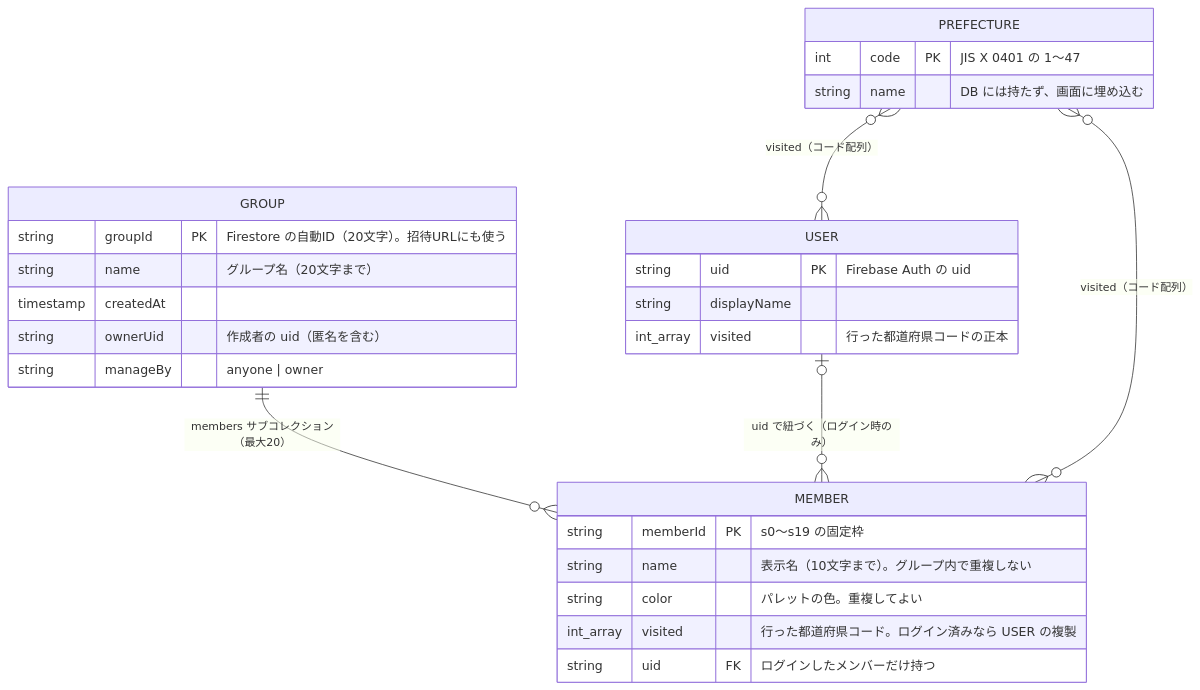
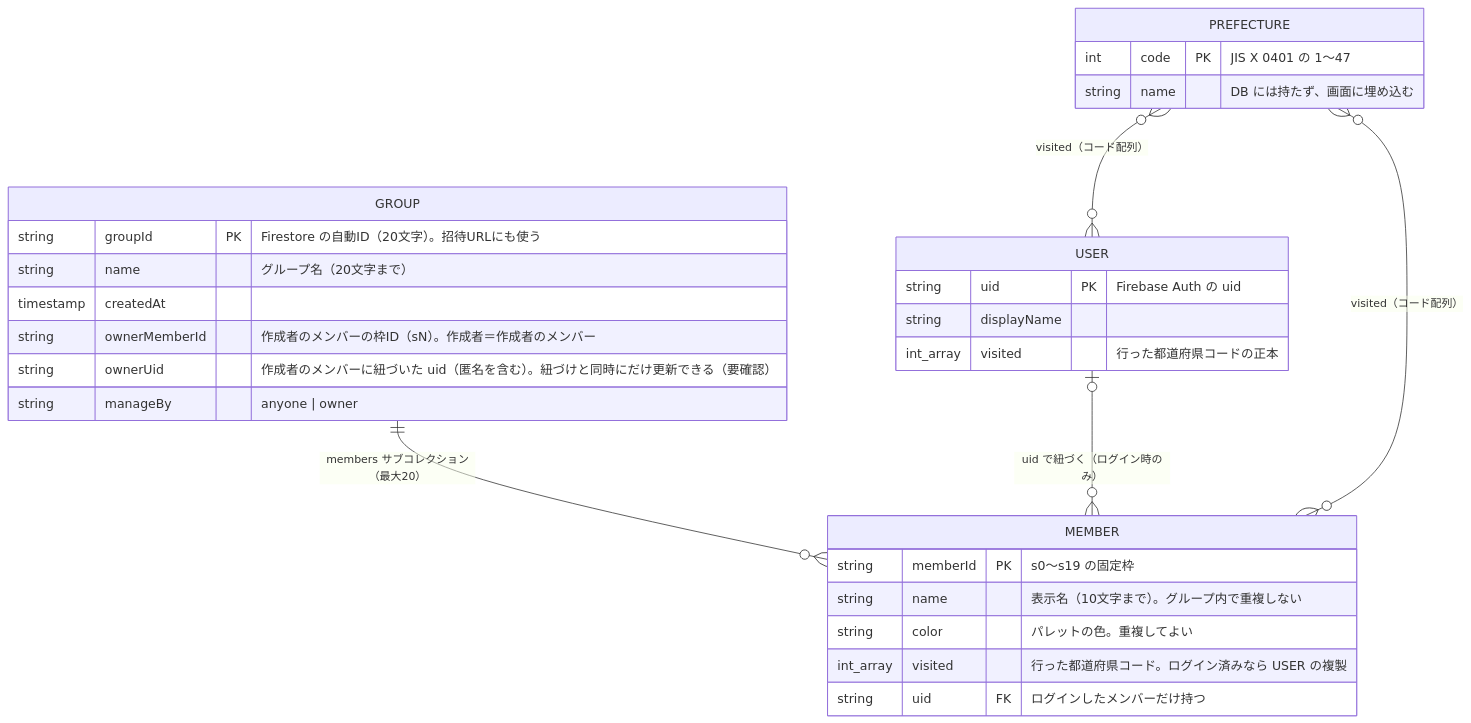
The diagram in docs/design/data-model.md (yuppy52/tabikaigi-map), drawn with Mermaid before and after one commit. The commit also changed 4 other files, not shown here.

````diff
--- a/docs/design/data-model.md
+++ b/docs/design/data-model.md
@@ -9,31 +9,32 @@
 ```mermaid
 erDiagram
   GROUP ||--o{ MEMBER : "members サブコレクション（最大20）"
   USER |o--o{ MEMBER : "uid で紐づく（ログイン時のみ）"
   PREFECTURE }o--o{ MEMBER : "visited（コード配列）"
   PREFECTURE }o--o{ USER : "visited（コード配列）"
 
   GROUP {
     string groupId PK "Firestore の自動ID（20文字）。招待URLにも使う"
     string name "グループ名（20文字まで）"
     timestamp createdAt
-    string ownerUid "作成者の uid（匿名を含む）"
+    string ownerMemberId "作成者のメンバーの枠ID（sN）。作成者＝作成者のメンバー"
+    string ownerUid "作成者のメンバーに紐づいた uid（匿名を含む）。紐づけと同時にだけ更新できる（要確認）"
     string manageBy "anyone | owner"
   }
   MEMBER {
     string memberId PK "s0〜s19 の固定枠"
     string name "表示名（10文字まで）。グループ内で重複しない"
     string color "パレットの色。重複してよい"
     int_array visited "行った都道府県コード。ログイン済みなら USER の複製"
     string uid FK "ログインしたメンバーだけ持つ"
   }
   USER {
     string uid PK "Firebase Auth の uid"
     string displayName
     int_array visited "行った都道府県コードの正本"
   }
   PREFECTURE {
     int code PK "JIS X 0401 の 1〜47"
     string name "DB には持たず、画面に埋め込む"
   }
 ```
````
